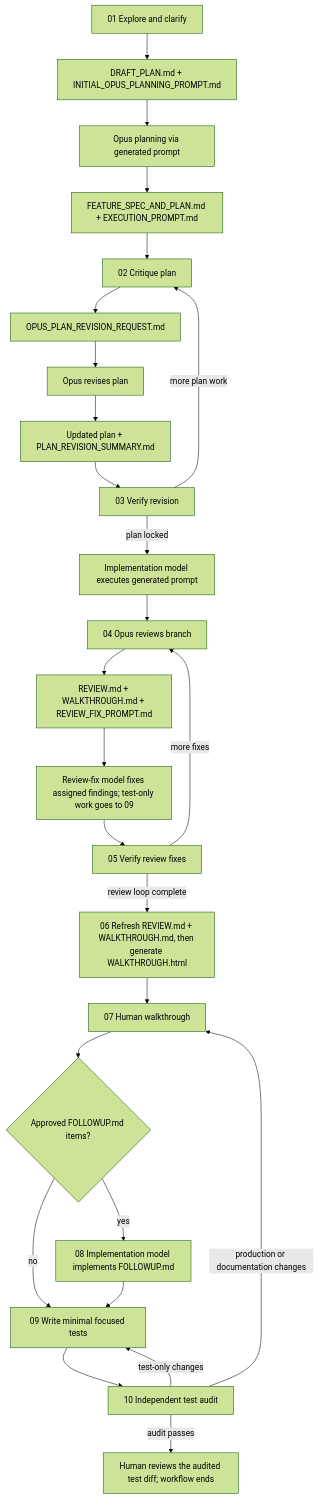
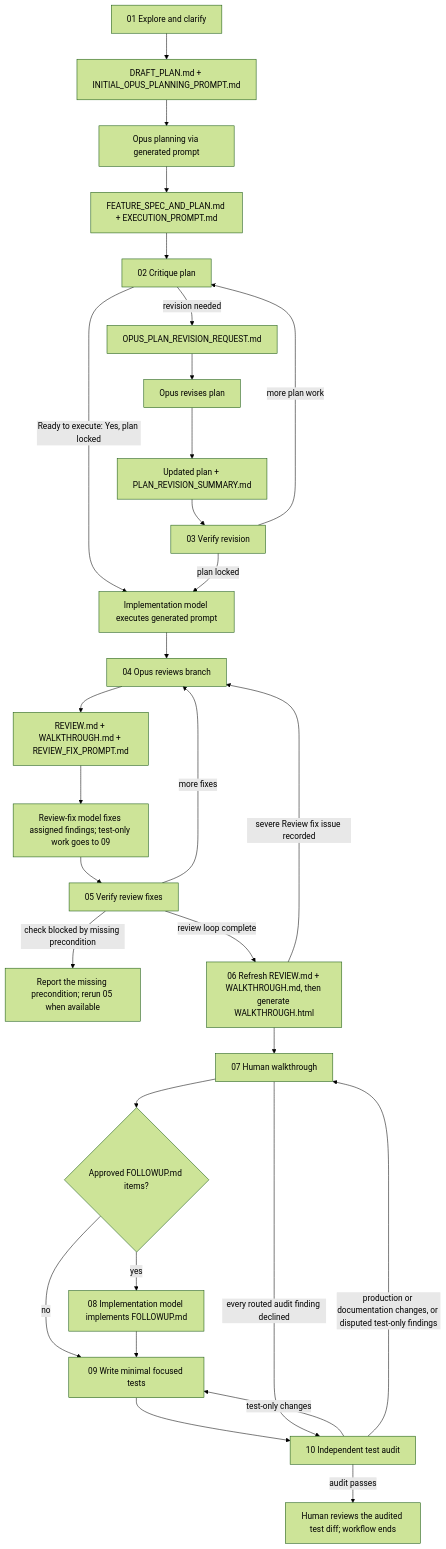
Before and after one commit to viseshrp/ai-coding-workflow: the diagram in README.md, drawn with Mermaid (forest theme). The commit also changed other lines of this file and 11 other files, not shown here.

````diff
--- a/README.md
+++ b/README.md
@@ -9,28 +9,32 @@
 ```mermaid
 flowchart TD
     A["01 Explore and clarify"] --> B["DRAFT_PLAN.md + INITIAL_OPUS_PLANNING_PROMPT.md"]
     B --> C["Opus planning via generated prompt"]
     C --> D["FEATURE_SPEC_AND_PLAN.md + EXECUTION_PROMPT.md"]
     D --> E["02 Critique plan"]
-    E --> F["OPUS_PLAN_REVISION_REQUEST.md"]
+    E -- "revision needed" --> F["OPUS_PLAN_REVISION_REQUEST.md"]
+    E -- "Ready to execute: Yes, plan locked" --> J
     F --> G["Opus revises plan"]
     G --> H["Updated plan + PLAN_REVISION_SUMMARY.md"]
     H --> I["03 Verify revision"]
     I -- "more plan work" --> E
     I -- "plan locked" --> J["Implementation model executes generated prompt"]
     J --> K["04 Opus reviews branch"]
     K --> L["REVIEW.md + WALKTHROUGH.md + REVIEW_FIX_PROMPT.md"]
     L --> M["Review-fix model fixes assigned findings; test-only work goes to 09"]
     M --> N["05 Verify review fixes"]
     N -- "more fixes" --> K
+    N -- "check blocked by missing precondition" --> V["Report the missing precondition; rerun 05 when available"]
     N -- "review loop complete" --> O["06 Refresh REVIEW.md + WALKTHROUGH.md, then generate WALKTHROUGH.html"]
+    O -- "severe Review fix issue recorded" --> K
     O --> P["07 Human walkthrough"]
     P --> Q{"Approved FOLLOWUP.md items?"}
     Q -- "yes" --> R["08 Implementation model implements FOLLOWUP.md"]
     Q -- "no" --> S["09 Write minimal focused tests"]
     R --> S
     S --> T["10 Independent test audit"]
     T -- "test-only changes" --> S
-    T -- "production or documentation changes" --> P
+    T -- "production or documentation changes, or disputed test-only findings" --> P
+    P -- "every routed audit finding declined" --> T
     T -- "audit passes" --> U["Human reviews the audited test diff; workflow ends"]
 ```
````
